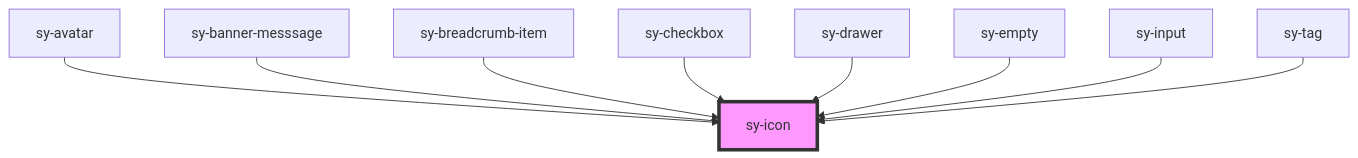
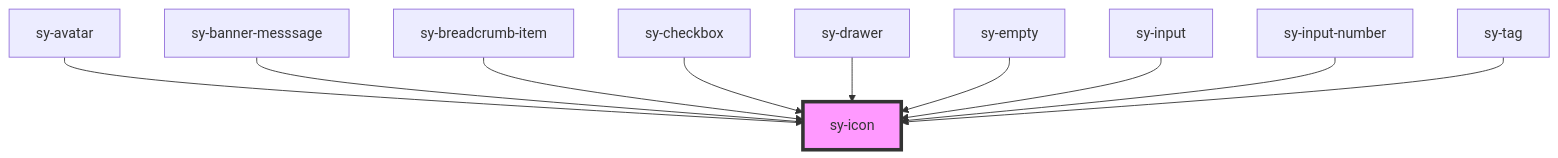
Before and after one commit to ksrae/saida-design-system-components: the diagram in design-system-light/src/components/icon/readme.md, drawn with Mermaid. The commit also changed other lines of this file and 7 other files, not shown here.

Commit message:
add input-number

````diff
--- a/design-system-light/src/components/icon/readme.md
+++ b/design-system-light/src/components/icon/readme.md
@@ -38,12 +39,13 @@
 ```mermaid
 graph TD;
   sy-avatar --> sy-icon
   sy-banner-messsage --> sy-icon
   sy-breadcrumb-item --> sy-icon
   sy-checkbox --> sy-icon
   sy-drawer --> sy-icon
   sy-empty --> sy-icon
   sy-input --> sy-icon
+  sy-input-number --> sy-icon
   sy-tag --> sy-icon
   style sy-icon fill:#f9f,stroke:#333,stroke-width:4px
 ```
````
